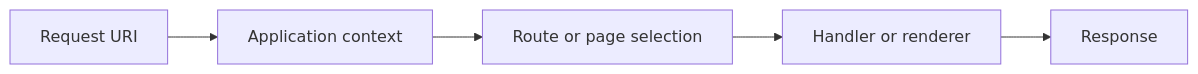
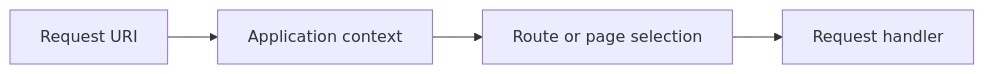
The first of 7 diagrams in documentation/handbook/15-routing-and-request-dispatch.md (shuklasp/spp), drawn with Mermaid before and after one commit. The commit also changed other lines of this file, not shown here.

````diff
--- a/documentation/handbook/15-routing-and-request-dispatch.md
+++ b/documentation/handbook/15-routing-and-request-dispatch.md
@@ -39,7 +32,6 @@
 ```mermaid
 flowchart LR
     A[Request URI] --> B[Application context]
     B --> C[Route or page selection]
-    C --> D[Handler or renderer]
-    D --> E[Response]
+    C --> D[Request handler]
 ```
````
